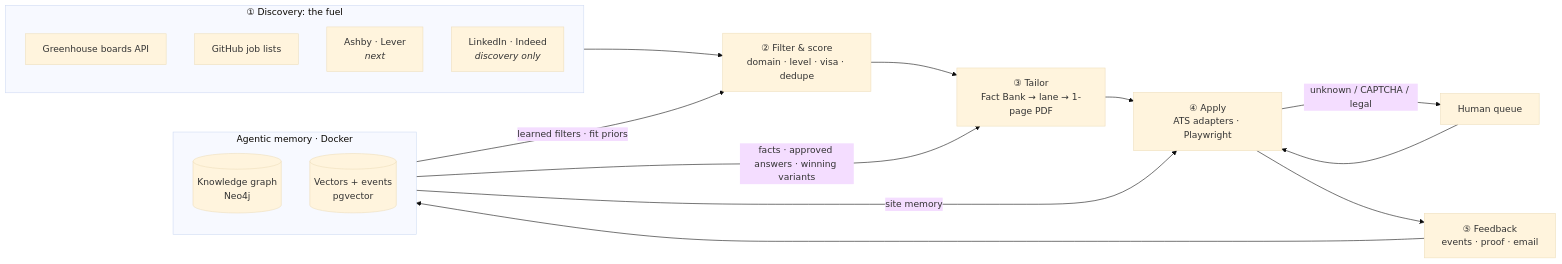
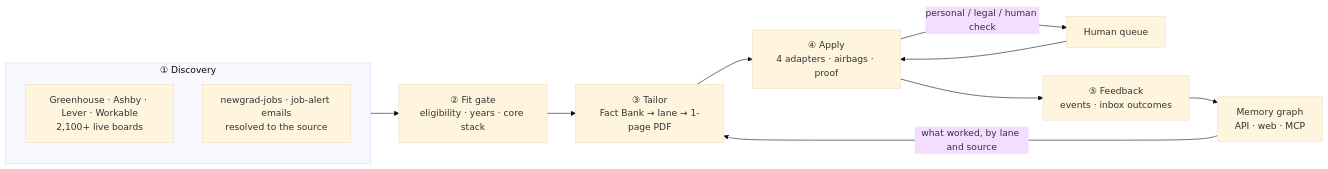
One commit to sameernagar-hub/regen-engine changed the second of 2 diagrams in README.md. Above: the diagram before and after it, drawn with Mermaid (base theme). The commit also changed other lines of this file and 1 other file, not shown here.

Commit message:
README rewrite: plain-English overview, full feature inventory with code paths, platform, MCP, live demo link; handoff

````diff
--- a/README.md
+++ b/README.md
@@ -73,23 +195,15 @@
 ```mermaid
 flowchart LR
-    subgraph Fuel["① Discovery: the fuel"]
-        GH[Greenhouse boards API]
-        GL[GitHub job lists]
-        AL[Ashby · Lever<br/><i>next</i>]
-        BB[LinkedIn · Indeed<br/><i>discovery only</i>]
+    subgraph Fuel["① Discovery"]
+        ATS[Greenhouse · Ashby · Lever · Workable<br/>2,100+ live boards]
+        LEADS[newgrad-jobs · job-alert emails<br/>resolved to the source]
     end
-    subgraph Memory["Agentic memory · Docker"]
-        KG[(Knowledge graph<br/>Neo4j)]
-        VS[(Vectors + events<br/>pgvector)]
-    end
-    Fuel --> F["② Filter & score<br/>domain · level · visa · dedupe"]
+    Fuel --> F["② Fit gate<br/>eligibility · years · core stack"]
     F --> T["③ Tailor<br/>Fact Bank → lane → 1-page PDF"]
-    T --> A["④ Apply<br/>ATS adapters · Playwright"]
-    A -- "unknown / CAPTCHA / legal" --> HQ[Human queue]
+    T --> A["④ Apply<br/>4 adapters · airbags · proof"]
+    A -- "personal / legal / human check" --> HQ[Human queue]
     HQ --> A
-    A --> E["⑤ Feedback<br/>events · proof · email"]
-    E --> Memory
-    Memory -- "facts · approved answers · winning variants" --> T
-    Memory -- "learned filters · fit priors" --> F
-    Memory -- "site memory" --> A
+    A --> E["⑤ Feedback<br/>events · inbox outcomes"]
+    E --> M["Memory graph<br/>API · web · MCP"]
+    M -- "what worked, by lane and source" --> T
 ```
````
